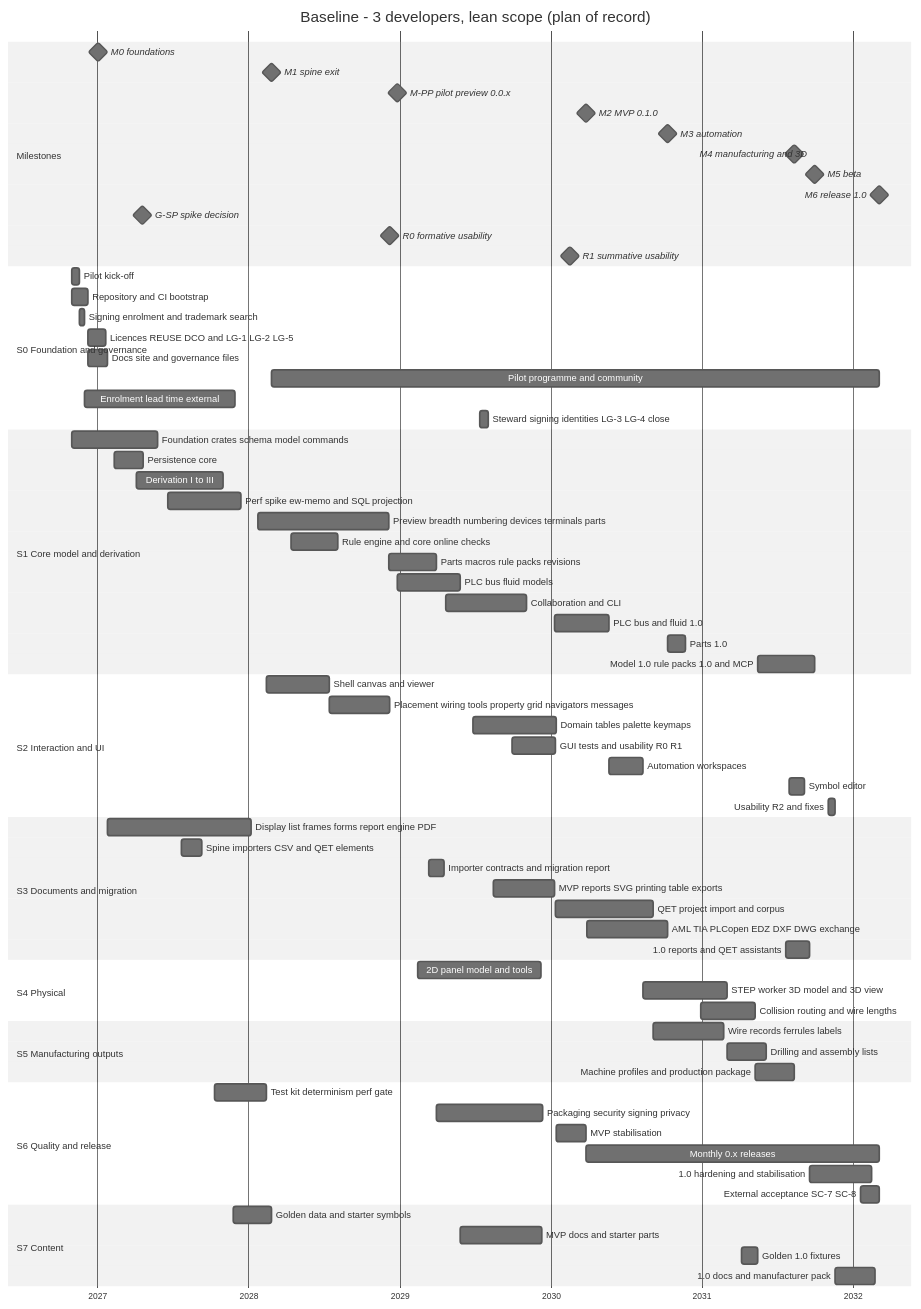
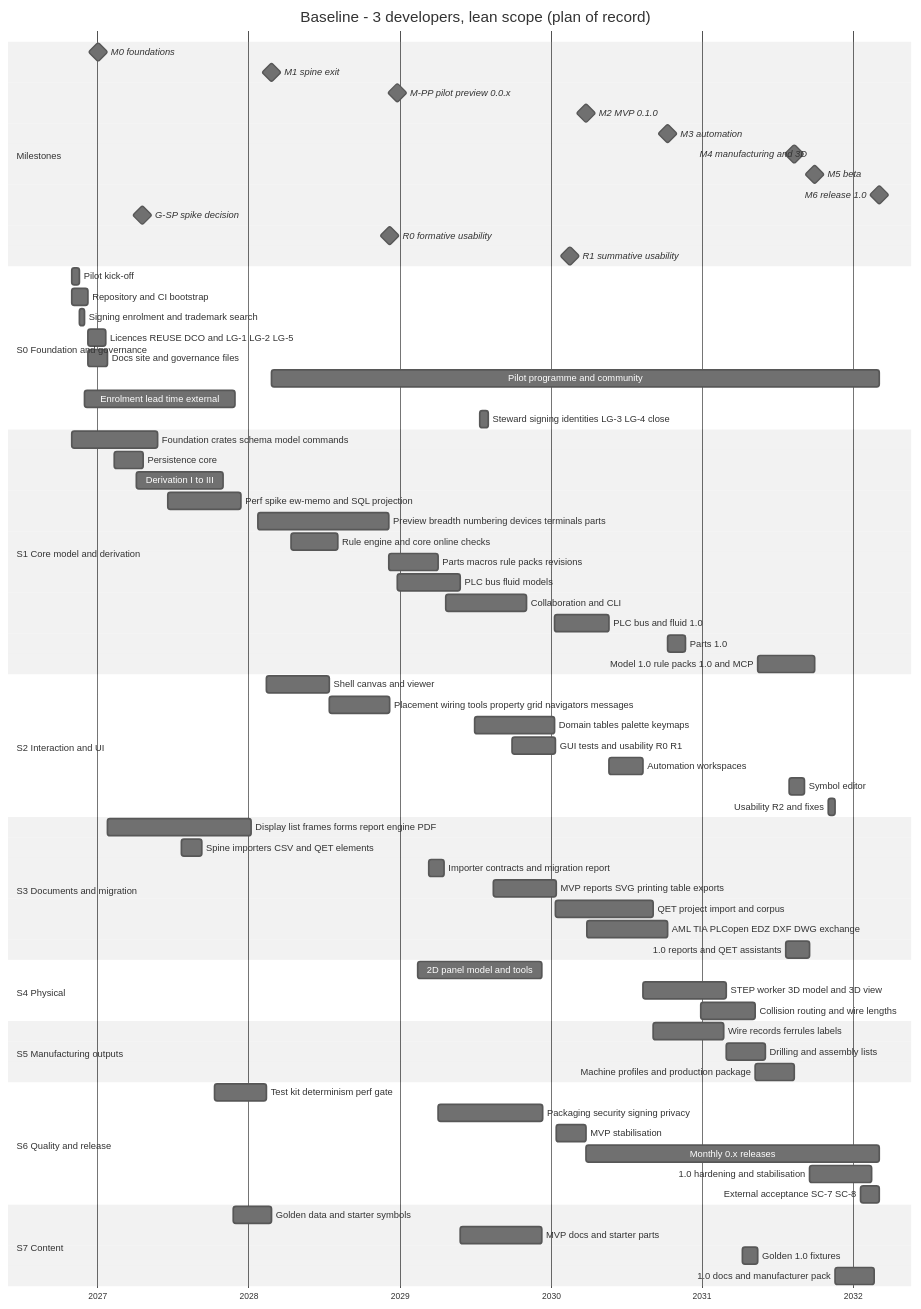
One commit to Ironkode787/ElektraWatt changed the second of 3 diagrams in docs/plan/01-global-plan.md. Above: the diagram before and after it, drawn with Mermaid (neutral theme). The commit also changed other lines of this file and 9 other files, not shown here.

````diff
--- a/docs/plan/01-global-plan.md
+++ b/docs/plan/01-global-plan.md
@@ -884,76 +884,76 @@
 ```mermaid
 gantt
   title Baseline - 3 developers, lean scope (plan of record)
   dateFormat YYYY-MM-DD
   axisFormat %Y
   section Milestones
   M0 foundations :milestone, m0, 2027-01-03, 0d
   M1 spine exit :milestone, m1, 2028-02-27, 0d
   M-PP pilot preview 0.0.x :milestone, m2, 2028-12-27, 0d
   M2 MVP 0.1.0 :milestone, m3, 2030-03-26, 0d
   M3 automation :milestone, m4, 2030-10-09, 0d
   M4 manufacturing and 3D :milestone, m5, 2031-08-12, 0d
   M5 beta :milestone, m6, 2031-10-01, 0d
   M6 release 1.0 :milestone, m7, 2032-03-04, 0d
   G-SP spike decision :milestone, gsp, 2027-04-20, 0d
   R0 formative usability :milestone, r0, 2028-12-08, 0d
   R1 summative usability :milestone, r1, 2030-02-15, 0d
   section S0 Foundation and governance
   Pilot kick-off :t1, 2026-11-01, 2026-11-20
   Repository and CI bootstrap :t2, 2026-11-01, 2026-12-09
   Signing enrolment and trademark search :t3, 2026-11-20, 2026-12-02
   Licences REUSE DCO and LG-1 LG-2 LG-5 :t4, 2026-12-09, 2027-01-23
   Docs site and governance files :t5, 2026-12-09, 2027-01-27
   Pilot programme and community :t6, 2028-02-27, 2032-03-04
   Enrolment lead time external :t7, 2026-12-02, 2027-12-01
   Steward signing identities LG-3 LG-4 close :t8, 2029-07-14, 2029-08-02
   section S1 Core model and derivation
   Foundation crates schema model commands :t9, 2026-11-01, 2027-05-27
   Persistence core :t10, 2027-02-12, 2027-04-23
   Derivation I to III :t11, 2027-04-06, 2027-11-01
   Perf spike ew-memo and SQL projection :t12, 2027-06-21, 2027-12-15
   Preview breadth numbering devices terminals parts :t13, 2028-01-24, 2028-12-05
   Rule engine and core online checks :t14, 2028-04-14, 2028-08-05
-  Parts macros rule packs revisions :t15, 2028-12-05, 2029-03-31
+  Parts macros rule packs revisions :t15, 2028-12-05, 2029-04-04
   PLC bus fluid models :t16, 2028-12-27, 2029-05-27
   Collaboration and CLI :t17, 2029-04-23, 2029-11-04
-  PLC bus and fluid 1.0 :t18, 2030-01-09, 2030-05-22
-  Parts 1.0 :t19, 2030-10-09, 2030-11-22
+  PLC bus and fluid 1.0 :t18, 2030-01-10, 2030-05-22
+  Parts 1.0 :t19, 2030-10-09, 2030-11-21
   Model 1.0 rule packs 1.0 and MCP :t20, 2031-05-15, 2031-10-01
   section S2 Interaction and UI
   Shell canvas and viewer :t21, 2028-02-14, 2028-07-15
   Placement wiring tools property grid navigators messages :t22, 2028-07-15, 2028-12-08
-  Domain tables palette keymaps :t23, 2029-06-27, 2030-01-13
+  Domain tables palette keymaps :t23, 2029-06-30, 2030-01-10
   GUI tests and usability R0 R1 :t24, 2029-09-29, 2030-01-12
   Automation workspaces :t25, 2030-05-22, 2030-08-12
-  Symbol editor :t26, 2031-07-30, 2031-09-06
+  Symbol editor :t26, 2031-07-30, 2031-09-05
   Usability R2 and fixes :t27, 2031-11-01, 2031-11-18
   section S3 Documents and migration
   Display list frames forms report engine PDF :t28, 2027-01-27, 2028-01-08
   Spine importers CSV and QET elements :t29, 2027-07-23, 2027-09-11
   Importer contracts and migration report :t30, 2029-03-13, 2029-04-19
-  MVP reports SVG printing table exports :t31, 2029-08-16, 2030-01-09
+  MVP reports SVG printing table exports :t31, 2029-08-16, 2030-01-13
   QET project import and corpus :t32, 2030-01-12, 2030-09-06
   AML TIA PLCopen EDZ DXF DWG exchange :t33, 2030-03-28, 2030-10-09
-  1.0 reports and QET assistants :t34, 2031-07-22, 2031-09-17
+  1.0 reports and QET assistants :t34, 2031-07-23, 2031-09-17
   section S4 Physical
-  2D panel model and tools :t35, 2029-02-13, 2029-12-08
-  STEP worker 3D model and 3D view :t36, 2030-08-12, 2031-03-02
+  2D panel model and tools :t35, 2029-02-13, 2029-12-11
+  STEP worker 3D model and 3D view :t36, 2030-08-12, 2031-03-01
   Collision routing and wire lengths :t37, 2030-12-29, 2031-05-10
   section S5 Manufacturing outputs
   Wire records ferrules labels :t38, 2030-09-06, 2031-02-22
-  Drilling and assembly lists :t39, 2031-03-02, 2031-06-04
+  Drilling and assembly lists :t39, 2031-03-01, 2031-06-03
   Machine profiles and production package :t40, 2031-05-10, 2031-08-12
   section S6 Quality and release
   Test kit determinism perf gate :t41, 2027-10-12, 2028-02-14
-  Packaging security signing privacy :t42, 2029-03-31, 2029-12-12
+  Packaging security signing privacy :t42, 2029-04-04, 2029-12-12
   MVP stabilisation :t43, 2030-01-13, 2030-03-26
   Monthly 0.x releases :t44, 2030-03-26, 2032-03-04
   1.0 hardening and stabilisation :t45, 2031-09-17, 2032-02-14
   External acceptance SC-7 SC-8 :t46, 2032-01-19, 2032-03-04
   section S7 Content
   Golden data and starter symbols :t47, 2027-11-26, 2028-02-27
   MVP docs and starter parts :t48, 2029-05-27, 2029-12-11
-  Golden 1.0 fixtures :t49, 2031-04-07, 2031-05-15
-  1.0 docs and manufacturer pack :t50, 2031-11-18, 2032-02-22
+  Golden 1.0 fixtures :t49, 2031-04-08, 2031-05-15
+  1.0 docs and manufacturer pack :t50, 2031-11-18, 2032-02-21
 ```
````
